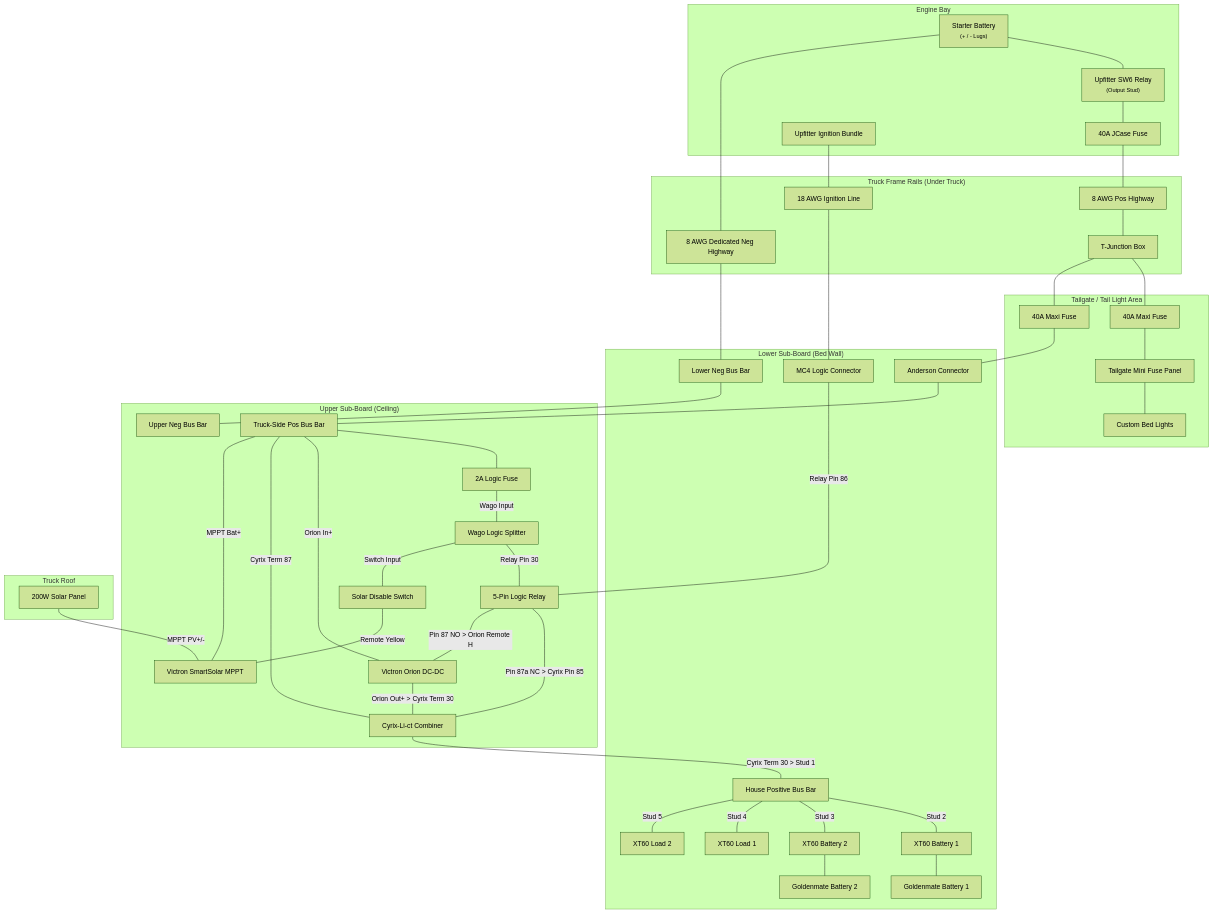
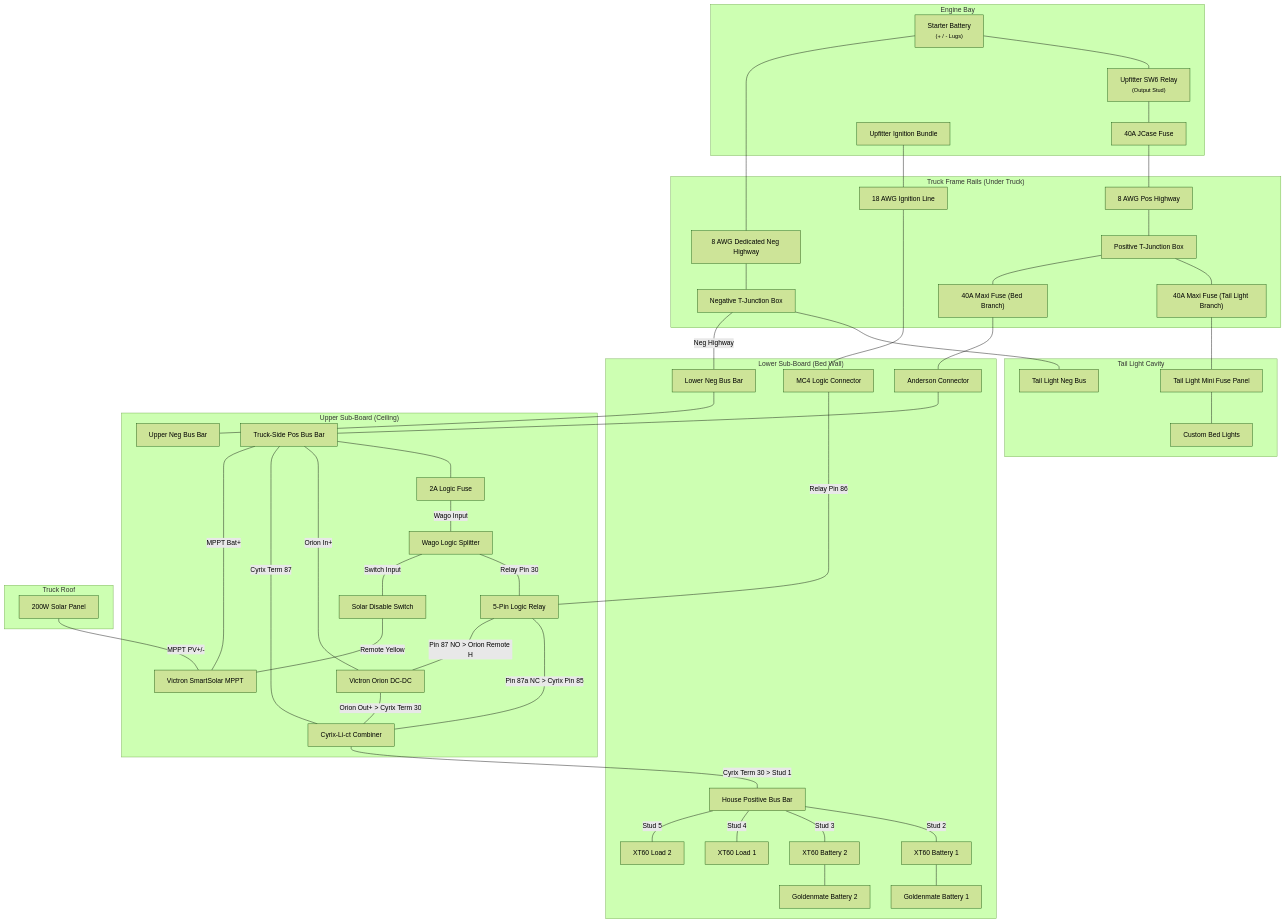
The diagram in system_diagram.md (chrisjohnson/truck-micro-grid), drawn with Mermaid (forest theme) before and after one commit. The commit also changed 1 other file, not shown here.

Commit message:
docs: correct physical layout mapping for T-junctions and tail light cavity

```diff
--- a/system_diagram.md
+++ b/system_diagram.md
@@ -13,17 +13,19 @@
     end
 
     subgraph FrameRails ["Truck Frame Rails (Under Truck)"]
-        TJunction["T-Junction Box"]
+        PosTJunction["Positive T-Junction Box"]
+        NegTJunction["Negative T-Junction Box"]
         PosHighway["8 AWG Pos Highway"]
         NegHighway["8 AWG Dedicated Neg Highway"]
         IgnitionHighway["18 AWG Ignition Line"]
+        Maxi40A_1["40A Maxi Fuse (Tail Light Branch)"]
+        Maxi40A_2["40A Maxi Fuse (Bed Branch)"]
     end
 
-    subgraph TailgateArea ["Tailgate / Tail Light Area"]
-        TailgateFuse["Tailgate Mini Fuse Panel"]
+    subgraph TailLightArea ["Tail Light Cavity"]
+        TailLightFuse["Tail Light Mini Fuse Panel"]
+        TailLightNeg["Tail Light Neg Bus"]
         BedLights["Custom Bed Lights"]
-        Maxi40A_1["40A Maxi Fuse"]
-        Maxi40A_2["40A Maxi Fuse"]
     end
 
     subgraph LowerBoard ["Lower Sub-Board (Bed Wall)"]
@@ -62,12 +64,15 @@
     StarterBat --- NegHighway
     IgnitionSrc --- IgnitionHighway
 
-    PosHighway --- TJunction
-    TJunction --- Maxi40A_1 --- TailgateFuse --- BedLights
-    TJunction --- Maxi40A_2 --- Anderson
+    PosHighway --- PosTJunction
+    PosTJunction --- Maxi40A_1 --- TailLightFuse --- BedLights
+    PosTJunction --- Maxi40A_2 --- Anderson
 
     Anderson --- TruckPosBus
-    NegHighway --- HouseNegBus --- UpperNegBus
+    NegHighway --- NegTJunction
+    NegTJunction --- TailLightNeg
+    NegTJunction ---|Neg Highway| HouseNegBus
+    HouseNegBus --- UpperNegBus
     IgnitionHighway --- MC4
     
     MC4 ---|Relay Pin 86| Relay
```
